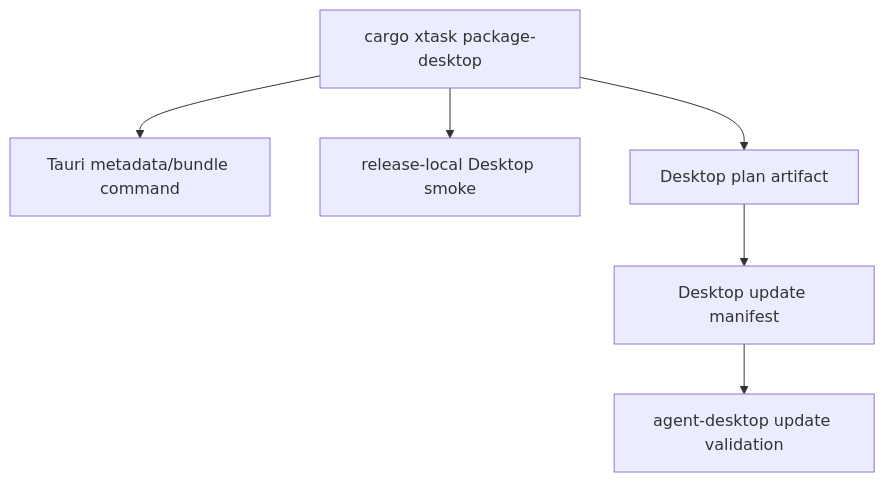
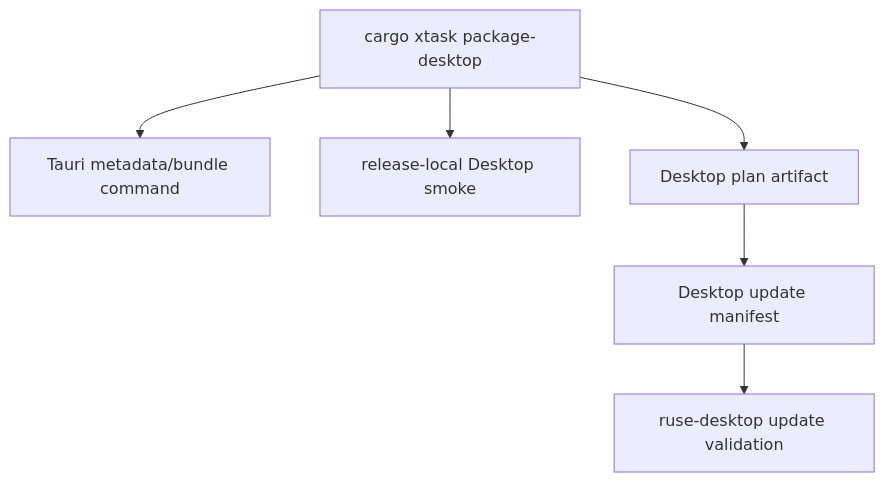
The diagram in docs/specs/M65-03-desktop-bundle-update-smoke.spec.md (poneding/agent), drawn with Mermaid before and after one commit. The commit also changed other lines of this file and 2091 other files, not shown here.

First line of the commit message:
refactor: rename agent branding to ruse

````diff
--- a/docs/specs/M65-03-desktop-bundle-update-smoke.spec.md
+++ b/docs/specs/M65-03-desktop-bundle-update-smoke.spec.md
@@ -33,8 +33,8 @@
 ```mermaid
 flowchart TD
   Xtask["cargo xtask package-desktop"] --> Tauri["Tauri metadata/bundle command"]
   Xtask --> Smoke["release-local Desktop smoke"]
   Xtask --> Plan["Desktop plan artifact"]
   Plan --> Manifest["Desktop update manifest"]
-  Manifest --> Validator["agent-desktop update validation"]
+  Manifest --> Validator["ruse-desktop update validation"]
 ```
````
